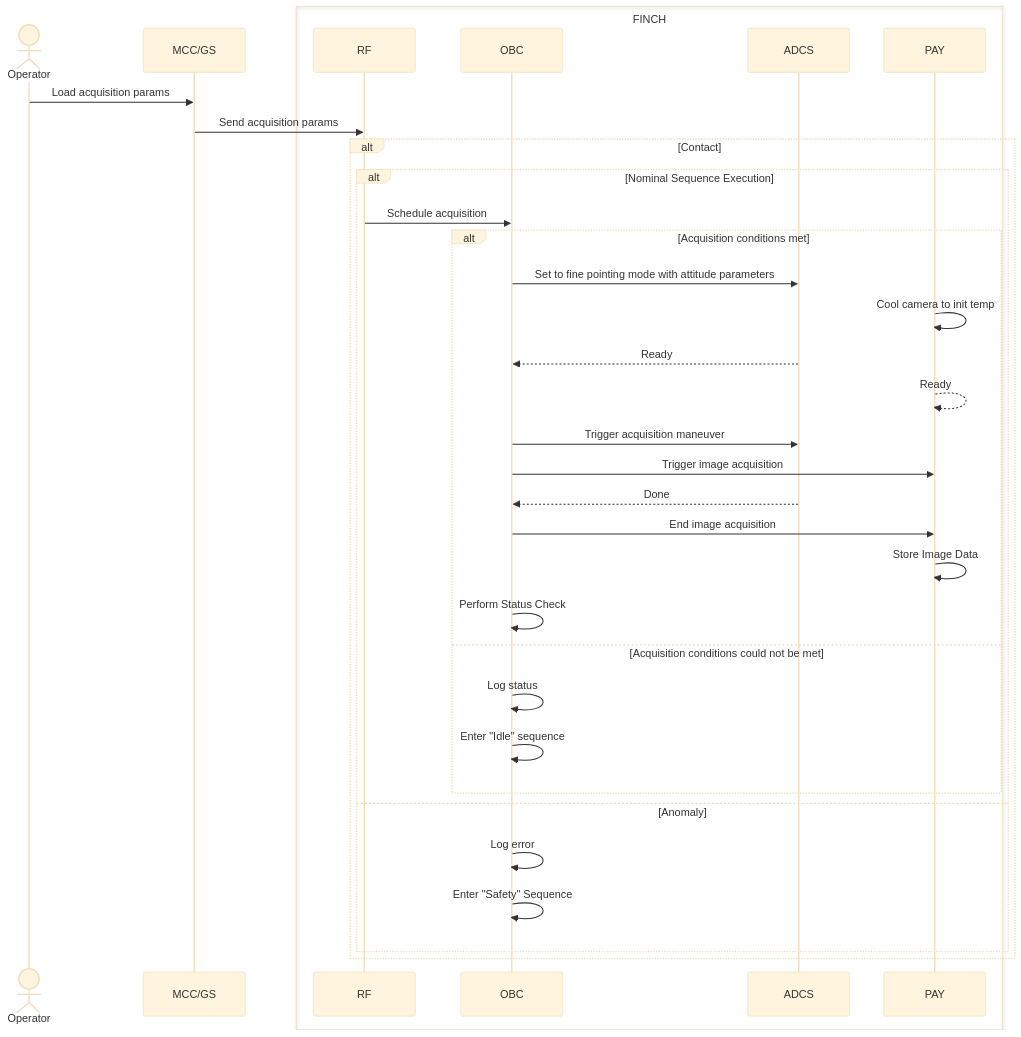
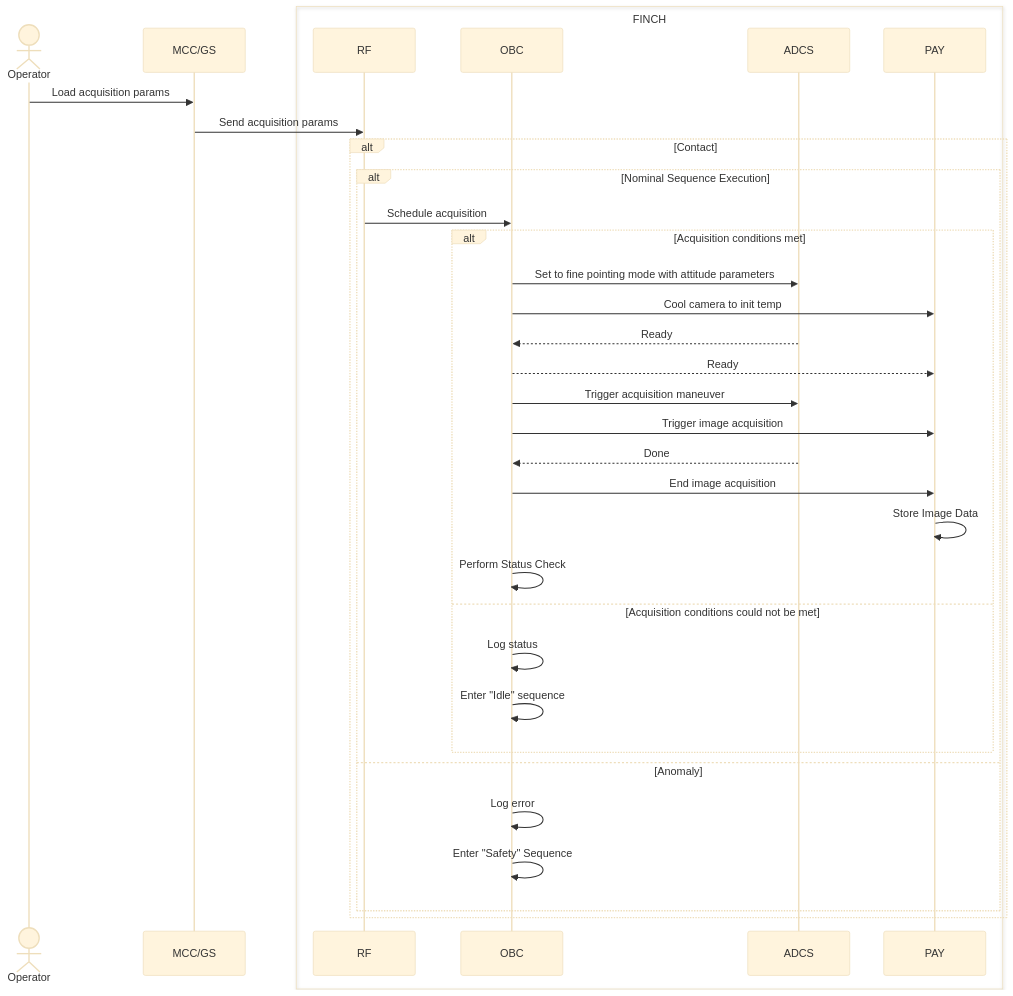
One commit to utat-ss/FINCH-sequence-diagrams changed the diagram in command sequences/acquisition-command.md. Above: the diagram before and after it, drawn with Mermaid (base theme).

````diff
--- a/command sequences/acquisition-command.md
+++ b/command sequences/acquisition-command.md
@@ -2,44 +2,44 @@
 ```mermaid
 sequenceDiagram
     Actor Operator
     participant MCC/GS
     box FINCH
         participant RF
         participant OBC
         participant ADCS
         participant PAY
     end
 
     Operator->>MCC/GS: Load acquisition params
     MCC/GS->>RF: Send acquisition params
 
     alt Contact
         alt Nominal Sequence Execution
             RF->>OBC: Schedule acquisition
     
             alt Acquisition conditions met
                 OBC->>ADCS: Set to fine pointing mode with attitude parameters
-                PAY->>PAY: Cool camera to init temp
+                OBC->>PAY: Cool camera to init temp
                 ADCS-->>OBC: Ready
-                PAY-->>PAY: Ready
+                OBC-->>PAY: Ready
     
                 OBC->>ADCS: Trigger acquisition maneuver
                 OBC->>PAY: Trigger image acquisition
                 ADCS-->>OBC: Done
                 OBC->>PAY: End image acquisition
                 PAY->>PAY: Store Image Data
 
                 OBC->>OBC: Perform Status Check
     
             else Acquisition conditions could not be met
                 OBC->>OBC: Log status
                 OBC->>OBC: Enter "Idle" sequence
             end
         else Anomaly
             OBC->>OBC: Log error
             OBC->>OBC: Enter "Safety" Sequence
         end
 end
     
 
 ```
````
